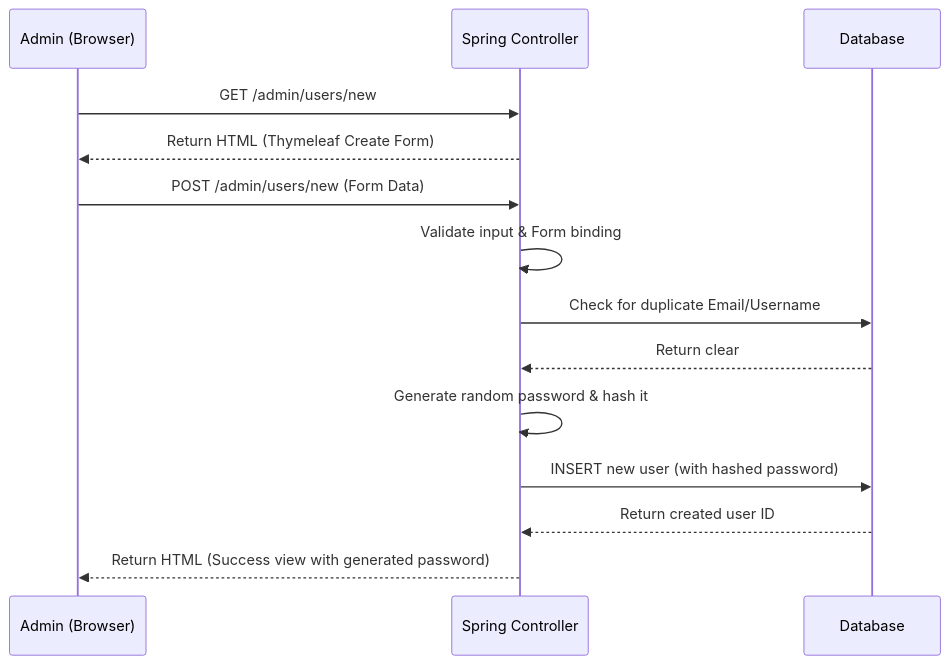
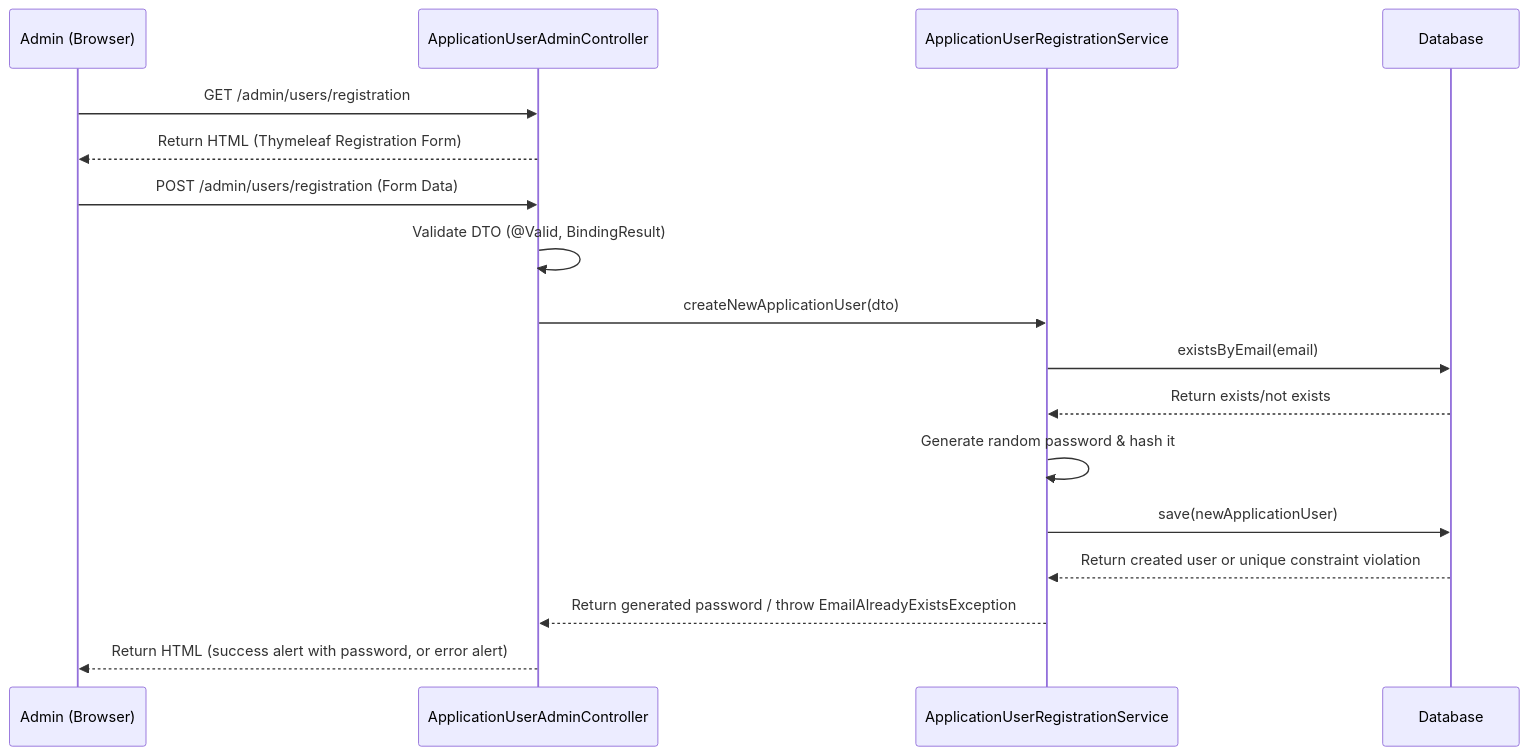
One commit to m000gg/unit-billing changed the second of 2 diagrams in docs/features/admin-app/user-registration-1.md. Above: the diagram before and after it, drawn with Mermaid. The commit also changed other lines of this file, not shown here.

Commit message:
(#18) updated user registration documentation

````diff
--- a/docs/features/admin-app/user-registration-1.md
+++ b/docs/features/admin-app/user-registration-1.md
@@ -70,18 +72,21 @@
 ```mermaid
 sequenceDiagram
     participant Admin (Browser)
-    participant Spring Controller
+    participant Controller as ApplicationUserAdminController
+    participant Service as ApplicationUserRegistrationService
     participant Database
 
-    Admin (Browser)->>Spring Controller: GET /admin/users/new
-    Spring Controller-->>Admin (Browser): Return HTML (Thymeleaf Create Form)
-    
-    Admin (Browser)->>Spring Controller: POST /admin/users/new (Form Data)
-    Spring Controller->>Spring Controller: Validate input & Form binding
-    Spring Controller->>Database: Check for duplicate Email/Username
-    Database-->>Spring Controller: Return clear
-    Spring Controller->>Spring Controller: Generate random password & hash it
-    Spring Controller->>Database: INSERT new user (with hashed password)
-    Database-->>Spring Controller: Return created user ID
-    Spring Controller-->>Admin (Browser): Return HTML (Success view with generated password)
+    Admin (Browser)->>Controller: GET /admin/users/registration
+    Controller-->>Admin (Browser): Return HTML (Thymeleaf Registration Form)
+
+    Admin (Browser)->>Controller: POST /admin/users/registration (Form Data)
+    Controller->>Controller: Validate DTO (@Valid, BindingResult)
+    Controller->>Service: createNewApplicationUser(dto)
+    Service->>Database: existsByEmail(email)
+    Database-->>Service: Return exists/not exists
+    Service->>Service: Generate random password & hash it
+    Service->>Database: save(newApplicationUser)
+    Database-->>Service: Return created user or unique constraint violation
+    Service-->>Controller: Return generated password / throw EmailAlreadyExistsException
+    Controller-->>Admin (Browser): Return HTML (success alert with password, or error alert)
 ```
````
